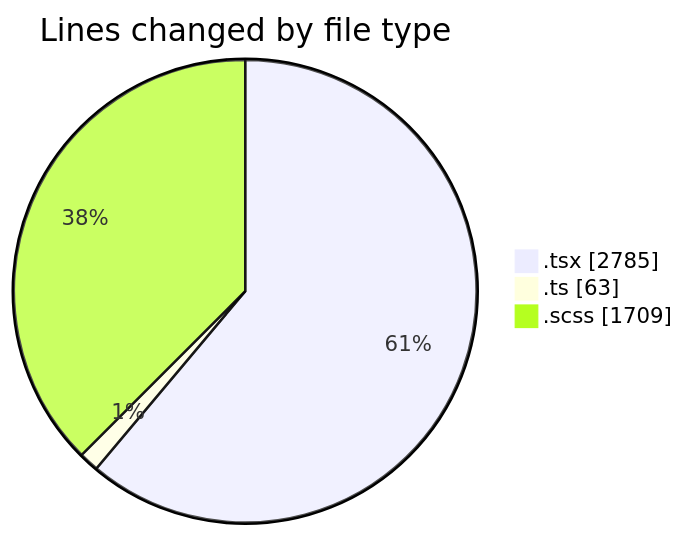
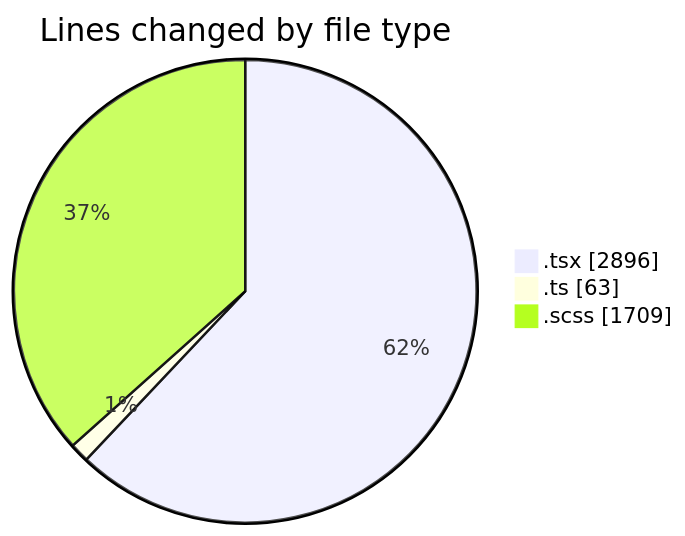
One commit to momahboobian/code-tracking changed the first of 2 diagrams in 2025-04-02/cda/README.md. Above: the diagram before and after it, drawn with Mermaid. The commit also changed other lines of this file and 1 other file, not shown here.

````diff
--- a/2025-04-02/cda/README.md
+++ b/2025-04-02/cda/README.md
@@ -30,7 +30,7 @@
 ```mermaid
 pie showData
 title Lines changed by file type
-".tsx" : 2785
+".tsx" : 2896
 ".ts" : 63
 ".scss" : 1709
 ```
````
